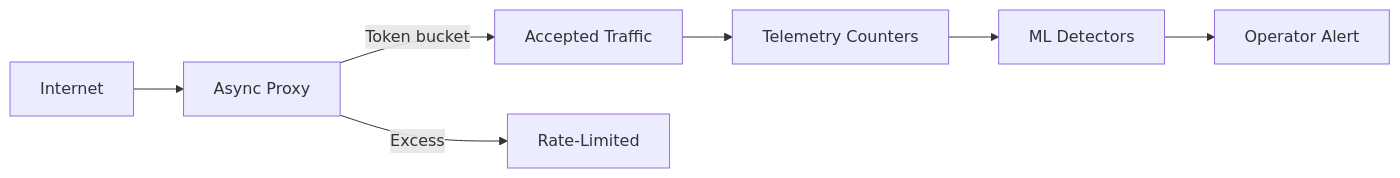
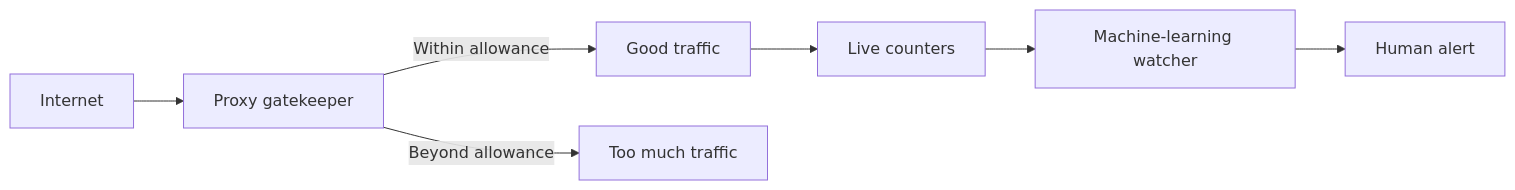
Before and after one commit to Kamalbura/research: the tenth of 16 diagrams in diagrames.md, drawn with Mermaid. The commit also changed other lines of this file, not shown here.

````diff
--- a/diagrames.md
+++ b/diagrames.md
@@ -201,15 +317,15 @@
 ```mermaid
 flowchart LR
     Net[Internet]
-    Proxy[Async Proxy]
-    Accept[Accepted Traffic]
-    Drop[Rate-Limited]
-    Counters[Telemetry Counters]
-    ML[ML Detectors]
-    Operator[Operator Alert]
+    Proxy[Proxy gatekeeper]
+    Accept[Good traffic]
+    Drop[Too much traffic]
+    Counters[Live counters]
+    ML[Machine-learning watcher]
+    Operator[Human alert]
 
     Net --> Proxy
-    Proxy -->|Token bucket| Accept
-    Proxy -->|Excess| Drop
+    Proxy -->|Within allowance| Accept
+    Proxy -->|Beyond allowance| Drop
     Accept --> Counters --> ML --> Operator
 ```
````
